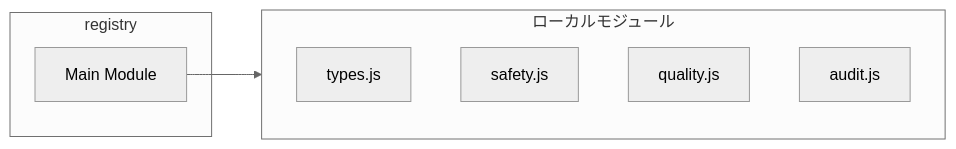
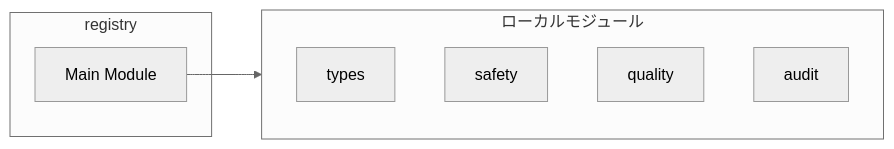
The second of 4 diagrams in ABDD/.pi/lib/dynamic-tools/registry.md (Mekann2904/mekann), drawn with Mermaid (neutral theme) before and after one commit. The commit also changed other lines of this file and 174 other files, not shown here.

First line of the commit message:
fix(docs): ABDDのMermaid図生成エラーを修正する

````diff
--- a/ABDD/.pi/lib/dynamic-tools/registry.md
+++ b/ABDD/.pi/lib/dynamic-tools/registry.md
@@ -118,13 +118,13 @@
 ```mermaid
 flowchart LR
   subgraph this[registry]
     main[Main Module]
   end
   subgraph local[ローカルモジュール]
-    types_js["types.js"]
-    safety_js["safety.js"]
-    quality_js["quality.js"]
-    audit_js["audit.js"]
+    types["types"]
+    safety["safety"]
+    quality["quality"]
+    audit["audit"]
   end
   main --> local
 ```
````
